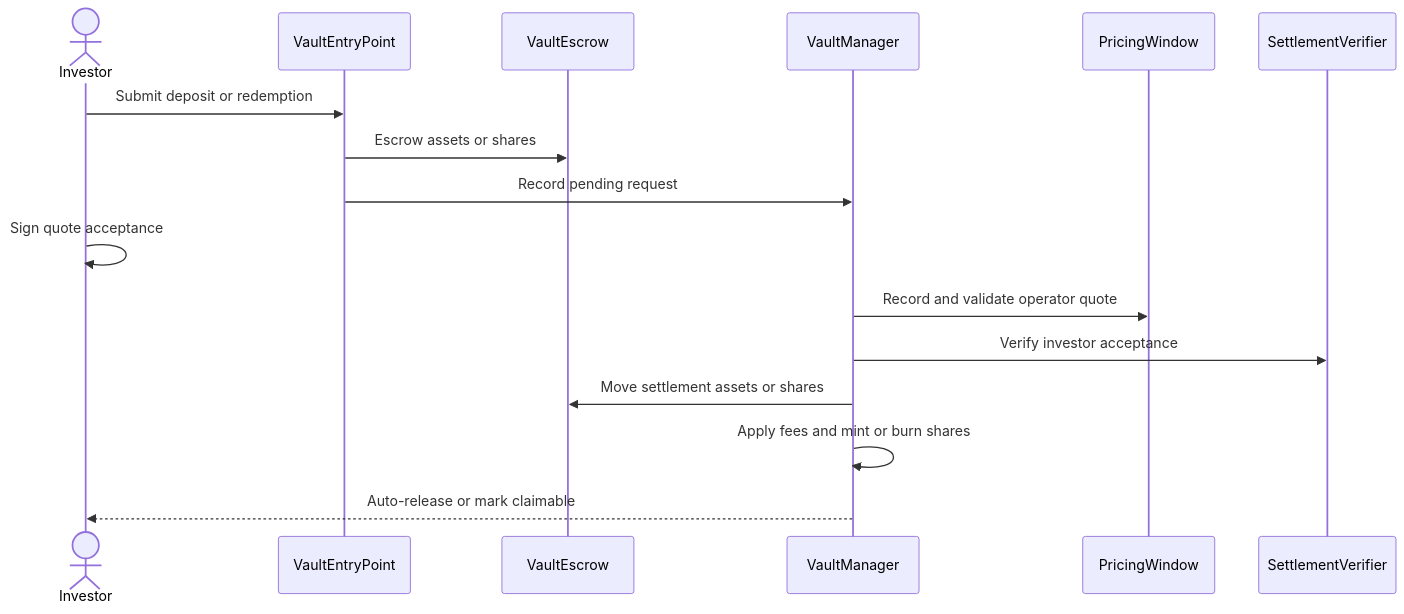
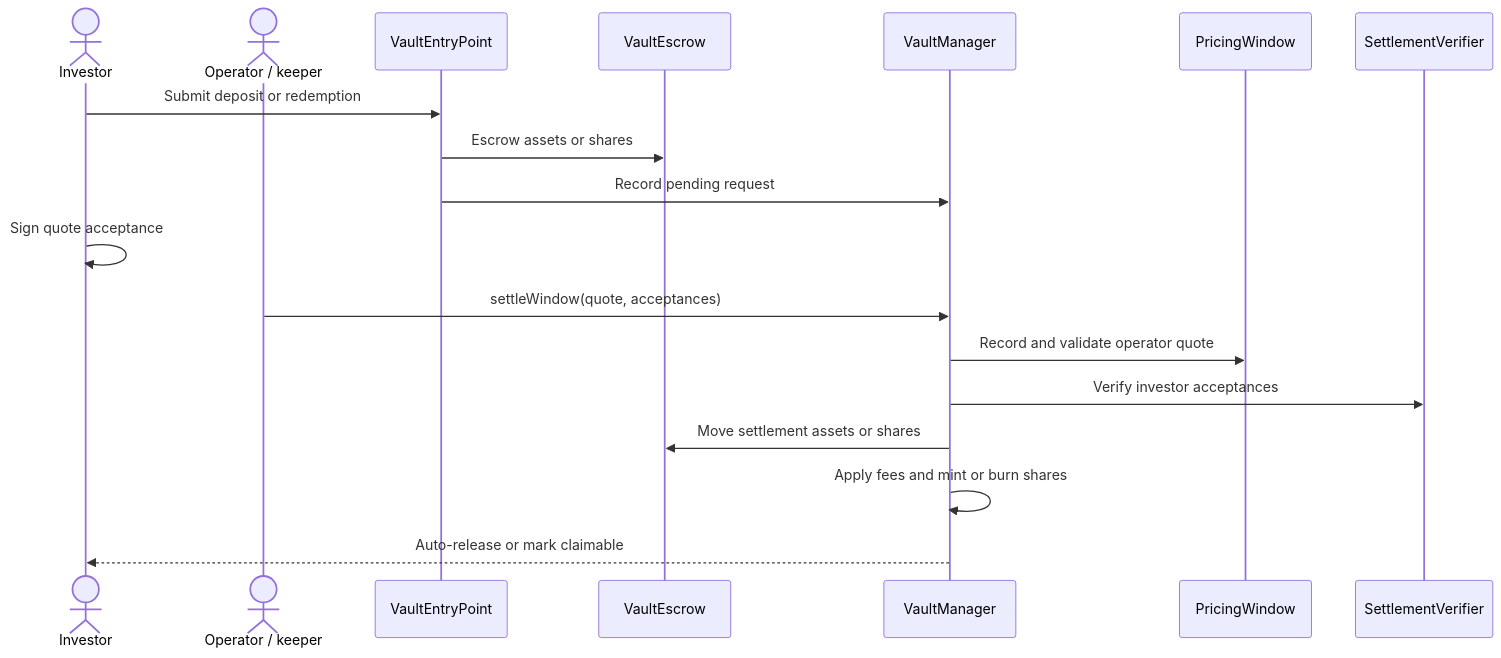
The diagram in docs/settlement/index.md (vaultera-dev/vaultera-docs), drawn with Mermaid before and after one commit. The commit also changed 8 other files, not shown here.

Commit message:
ss added and roadmap added

````diff
--- a/docs/settlement/index.md
+++ b/docs/settlement/index.md
@@ -20,18 +20,20 @@
 ```mermaid
 sequenceDiagram
   actor Investor
+  actor Operator as Operator / keeper
   participant Entry as VaultEntryPoint
   participant Escrow as VaultEscrow
   participant Vault as VaultManager
   participant Pricing as PricingWindow
   participant Verify as SettlementVerifier
   Investor->>Entry: Submit deposit or redemption
   Entry->>Escrow: Escrow assets or shares
   Entry->>Vault: Record pending request
   Investor->>Investor: Sign quote acceptance
+  Operator->>Vault: settleWindow(quote, acceptances)
   Vault->>Pricing: Record and validate operator quote
-  Vault->>Verify: Verify investor acceptance
+  Vault->>Verify: Verify investor acceptances
   Vault->>Escrow: Move settlement assets or shares
   Vault->>Vault: Apply fees and mint or burn shares
   Vault-->>Investor: Auto-release or mark claimable
 ```
````
